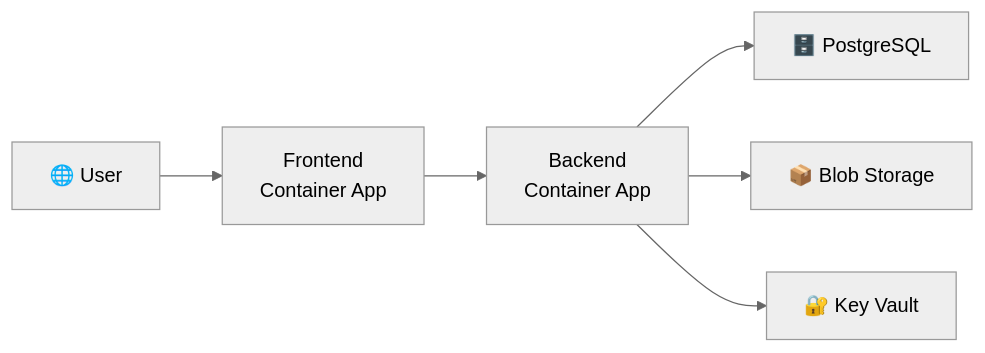
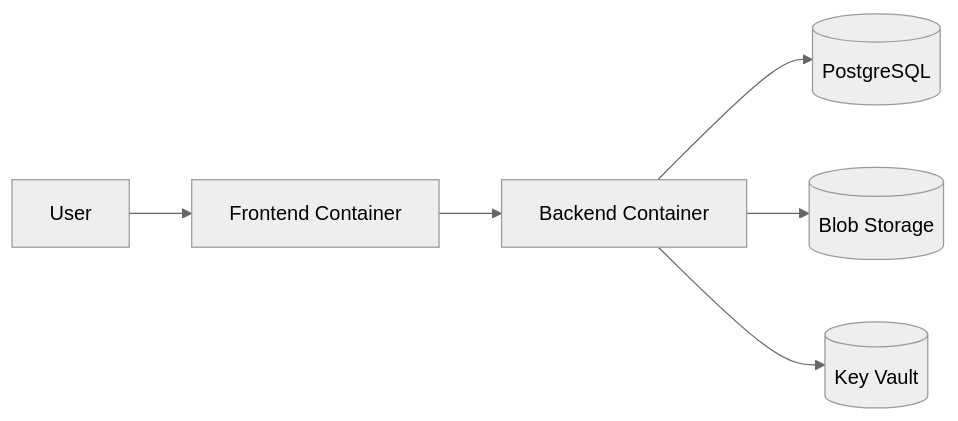
One commit to gpatwa/m365-vault changed the third of 3 diagrams in backend/docs/SECURITY.md. Above: the diagram before and after it, drawn with Mermaid (neutral theme). The commit also changed other lines of this file and 3 other files, not shown here.

First line of the commit message:
fix: remove emojis from Mermaid diagrams — Mermaid v11 strict syntax

````diff
--- a/backend/docs/SECURITY.md
+++ b/backend/docs/SECURITY.md
@@ -161,8 +164,8 @@
 ```mermaid
 graph LR
-    User["🌐 User"] --> FE["Frontend<br/>Container App"]
-    FE --> BE["Backend<br/>Container App"]
-    BE --> PG["🗄️ PostgreSQL"]
-    BE --> Blob["📦 Blob Storage"]
-    BE --> KV["🔐 Key Vault"]
+    User[User] --> FE[Frontend Container]
+    FE --> BE[Backend Container]
+    BE --> PG[(PostgreSQL)]
+    BE --> Blob[(Blob Storage)]
+    BE --> KV[(Key Vault)]
 ```
````
